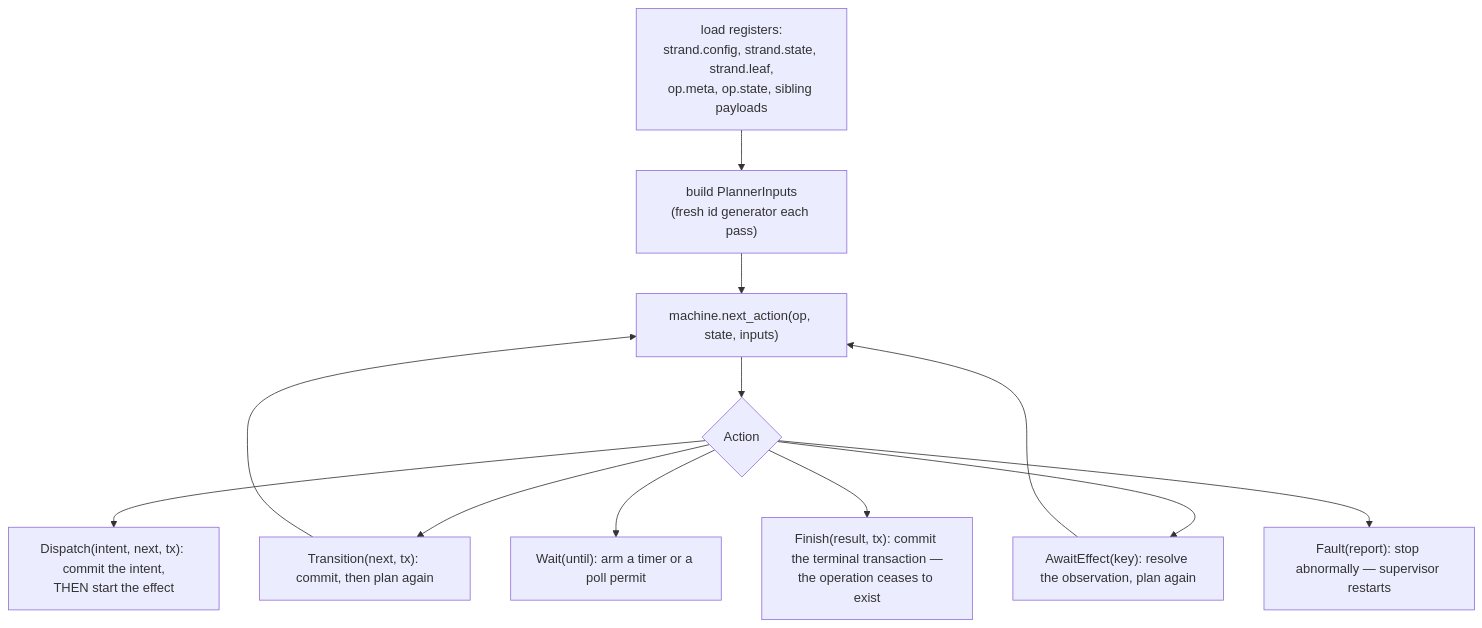
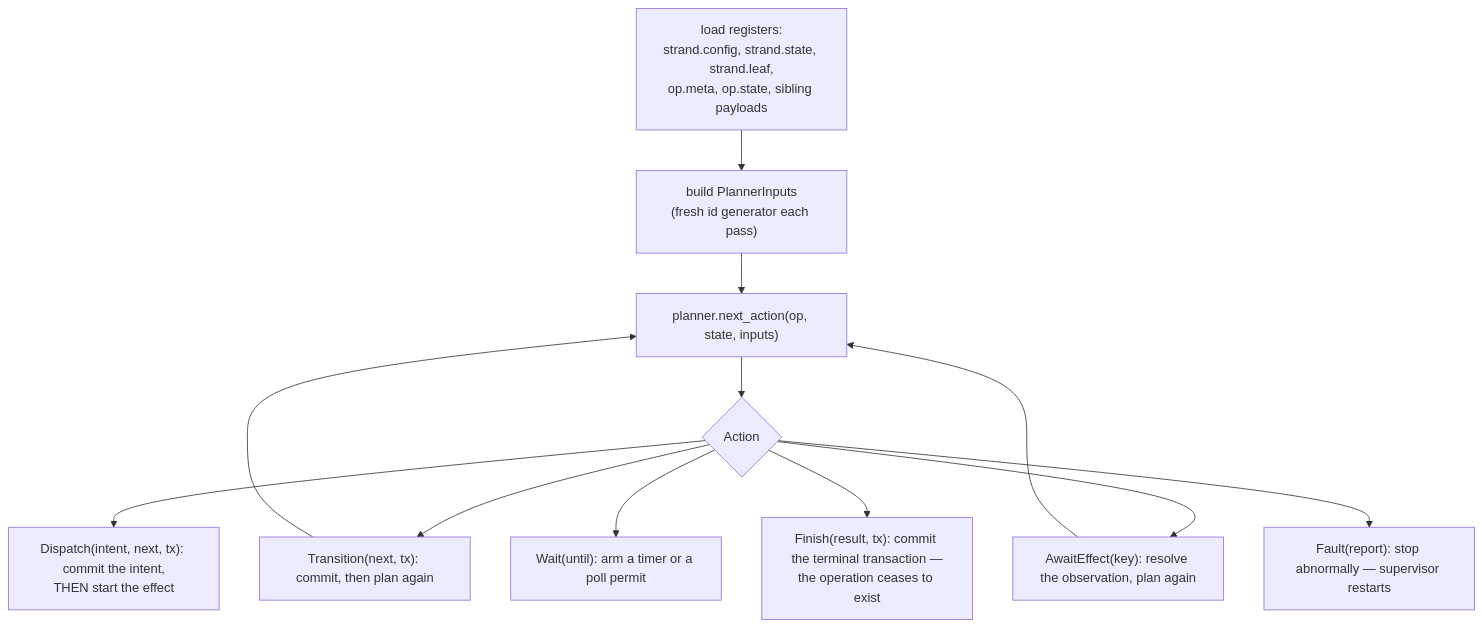
The first of 4 diagrams in packages/runtime/README.md (Roasbeef/loom), drawn with Mermaid before and after one commit. The commit also changed other lines of this file, not shown here.

````diff
--- a/packages/runtime/README.md
+++ b/packages/runtime/README.md
@@ -18,21 +18,21 @@
 ```mermaid
 flowchart TD
     A["load registers:<br/>strand.config, strand.state, strand.leaf,<br/>op.meta, op.state, sibling payloads"]
     B["build PlannerInputs<br/>(fresh id generator each pass)"]
-    C["machine.next_action(op, state, inputs)"]
+    C["planner.next_action(op, state, inputs)"]
     D{"Action"}
     E1["Transition(next, tx): commit, then plan again"]
     E2["Dispatch(intent, next, tx): commit the intent,<br/>THEN start the effect"]
     E3["AwaitEffect(key): resolve the observation, plan again"]
     E4["Wait(until): arm a timer or a poll permit"]
     E5["Finish(result, tx): commit the terminal transaction —<br/>the operation ceases to exist"]
     E6["Fault(report): stop abnormally — supervisor restarts"]
 
     A --> B --> C --> D
     D --> E1 --> C
     D --> E2
     D --> E3 --> C
     D --> E4
     D --> E5
     D --> E6
 ```
````
